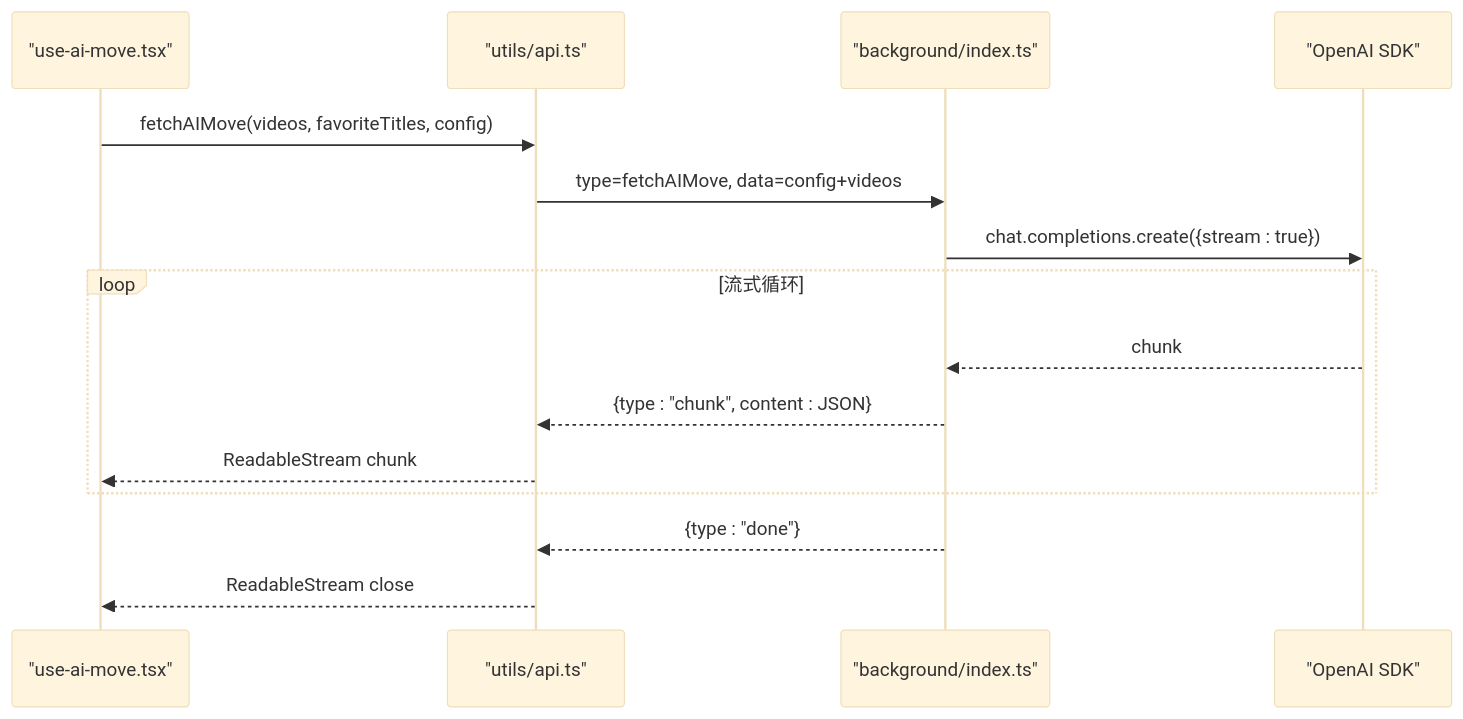
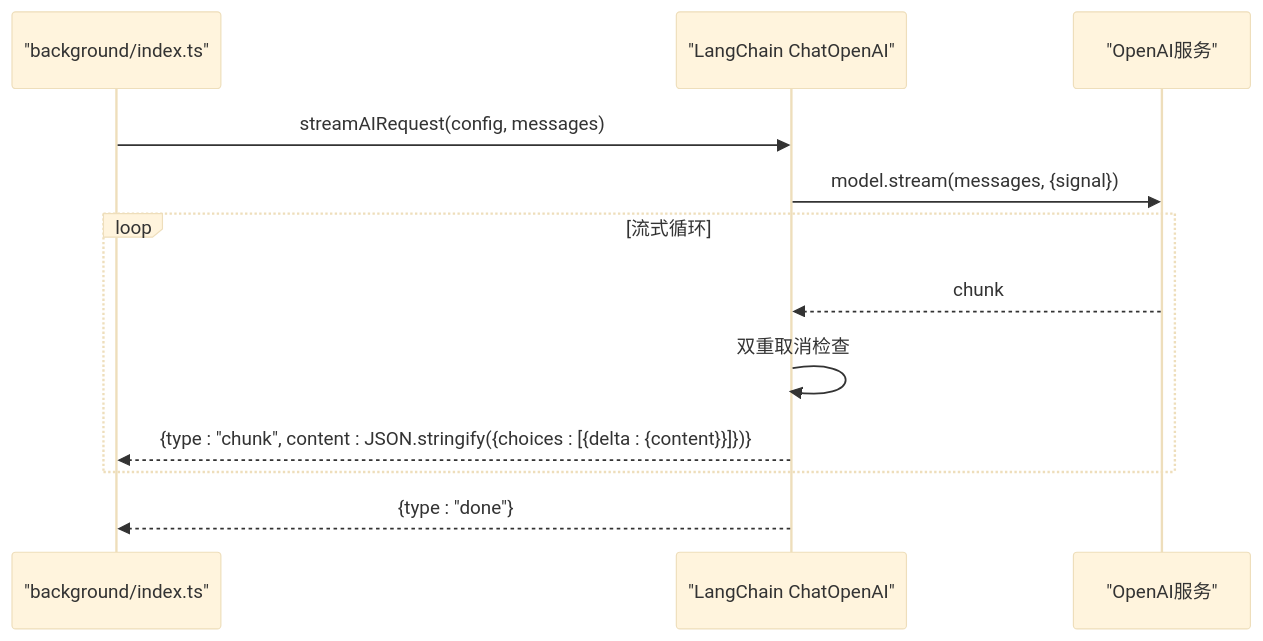
One commit to RadiumAg/bilibili-favorites changed the third of 6 diagrams in .qoder/repowiki/zh/content/API参考文档/AI服务API.md. Above: the diagram before and after it, drawn with Mermaid (base theme). The commit also changed other lines of this file and 21 other files, not shown here.

````diff
--- a/.qoder/repowiki/zh/content/API参考文档/AI服务API.md
+++ b/.qoder/repowiki/zh/content/API参考文档/AI服务API.md
@@ -238,17 +215,14 @@
 ```mermaid
 sequenceDiagram
-participant Hook as "use-ai-move.tsx"
-participant API as "utils/api.ts"
 participant BG as "background/index.ts"
-participant OA as "OpenAI SDK"
-Hook->>API : fetchAIMove(videos, favoriteTitles, config)
-API->>BG : type=fetchAIMove, data=config+videos
-BG->>OA : chat.completions.create({stream : true})
+participant LC as "LangChain ChatOpenAI"
+participant OA as "OpenAI服务"
+BG->>LC : streamAIRequest(config, messages)
+LC->>OA : model.stream(messages, {signal})
 loop 流式循环
-OA-->>BG : chunk
-BG-->>API : {type : "chunk", content : JSON}
-API-->>Hook : ReadableStream chunk
+OA-->>LC : chunk
+LC->>LC : 双重取消检查
+LC-->>BG : {type : "chunk", content : JSON.stringify({choices : [{delta : {content}}]})}
 end
-BG-->>API : {type : "done"}
-API-->>Hook : ReadableStream close
+LC-->>BG : {type : "done"}
 ```
````
